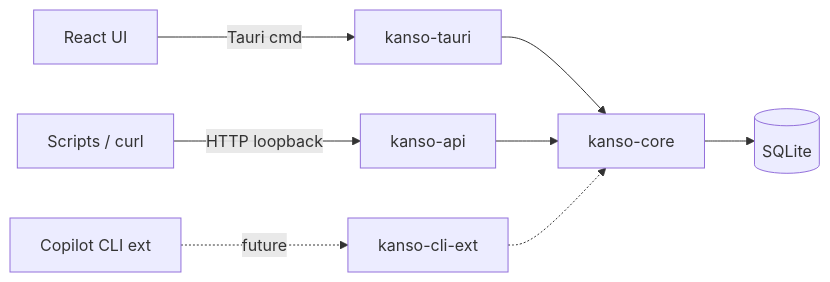
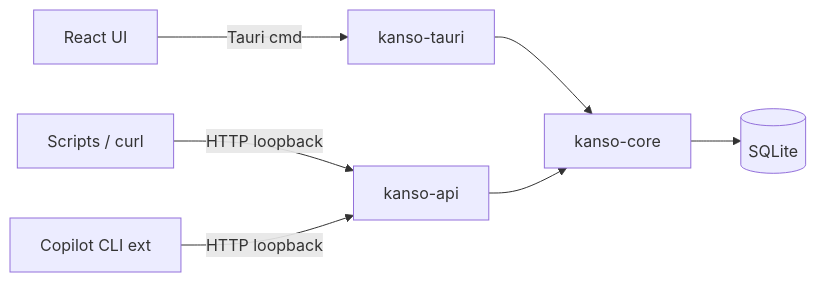
Before and after one commit to andras-pinter/kanso: the diagram in docs/architecture.md, drawn with Mermaid. The commit also changed other lines of this file and 18 other files, not shown here.

First line of the commit message:
feat(cli-ext): replace placeholder crate with JS Copilot CLI extension

````diff
--- a/docs/architecture.md
+++ b/docs/architecture.md
@@ -43,10 +43,9 @@
 ```mermaid
 flowchart LR
     UI[React UI] -->|Tauri cmd| Tauri[kanso-tauri]
     Scripts[Scripts / curl] -->|HTTP loopback| API[kanso-api]
-    CLI[Copilot CLI ext] -.->|future| CoreExt[kanso-cli-ext]
+    CLI[Copilot CLI ext] -->|HTTP loopback| API
     Tauri --> Core[kanso-core]
     API --> Core
-    CoreExt -.-> Core
     Core --> DB[(SQLite)]
 ```
````
